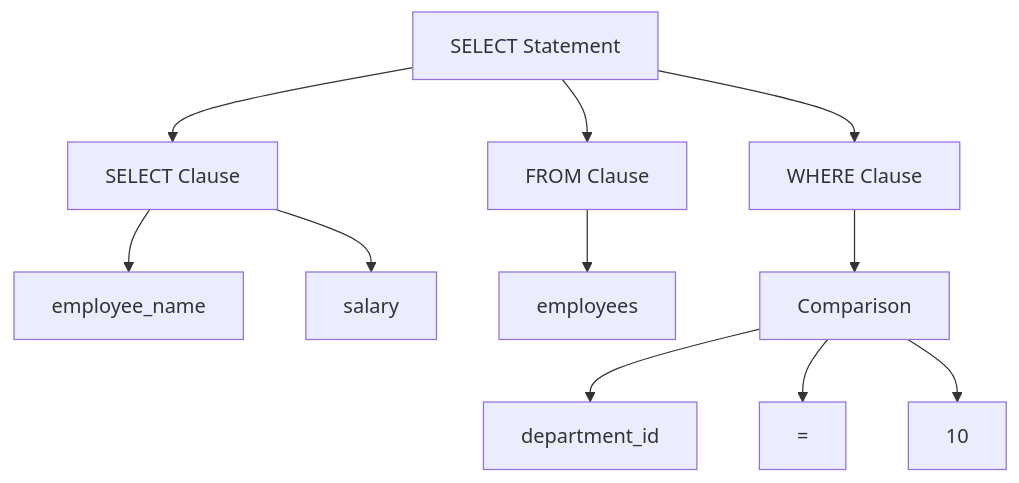
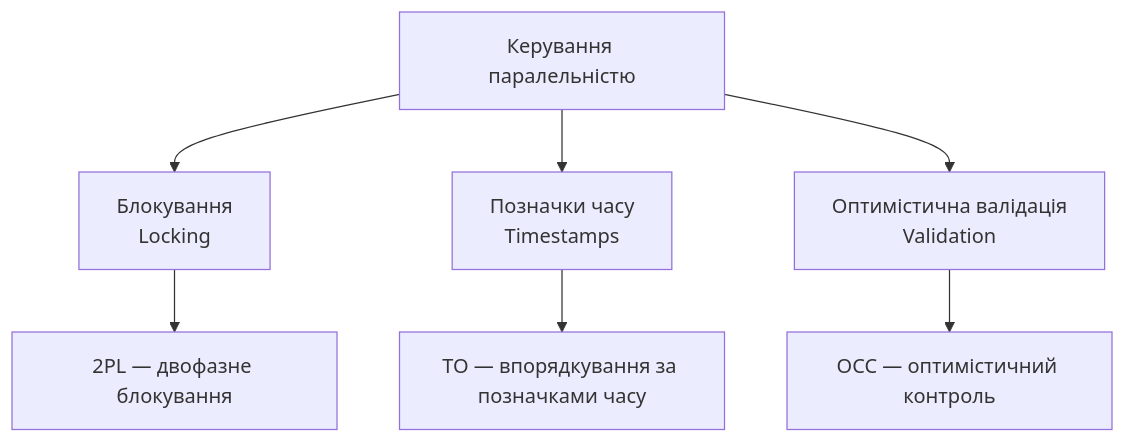
One commit to olroi421/course-bd changed the third of 9 diagrams in lectures/lecture-08.md. Above: the diagram before and after it, drawn with Mermaid. The commit also changed other lines of this file and 10 other files, not shown here.

````diff
--- a/lectures/lecture-08.md
+++ b/lectures/lecture-08.md
@@ -57,16 +662,10 @@
 ```mermaid
-graph TD
-    A[SELECT Statement] --> B[SELECT Clause]
-    A --> C[FROM Clause]
-    A --> D[WHERE Clause]
+graph TB
+    A[Керування паралельністю] --> B["Блокування<br/>Locking"]
+    A --> C["Позначки часу<br/>Timestamps"]
+    A --> D["Оптимістична валідація<br/>Validation"]
 
-    B --> E[employee_name]
-    B --> F[salary]
-
-    C --> G[employees]
-
-    D --> H[Comparison]
-    H --> I[department_id]
-    H --> J[=]
-    H --> K[10]
+    B --> E["2PL — двофазне блокування"]
+    C --> F["TO — впорядкування за позначками часу"]
+    D --> G["OCC — оптимістичний контроль"]
 ```
````
